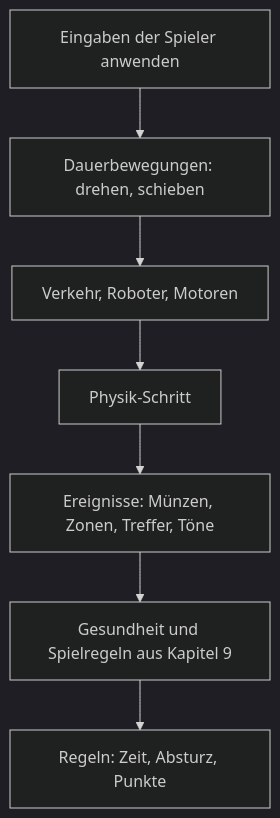
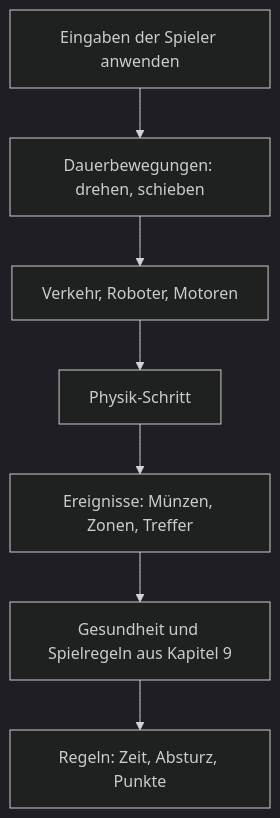
One commit to ChristianHohlfeld/kernengine.de changed the second of 2 diagrams in kern/docs/buch-gruen/08-spiel-laufzeit.md. Above: the diagram before and after it, drawn with Mermaid (dark theme). The commit also changed other lines of this file and 7 other files, not shown here.

````diff
--- a/kern/docs/buch-gruen/08-spiel-laufzeit.md
+++ b/kern/docs/buch-gruen/08-spiel-laufzeit.md
@@ -329,9 +346,9 @@
 ```mermaid
 flowchart TD
   A[Eingaben der Spieler anwenden] --> B[Dauerbewegungen: drehen, schieben]
   B --> C[Verkehr, Roboter, Motoren]
   C --> D[Physik-Schritt]
-  D --> E[Ereignisse: Münzen, Zonen, Treffer, Töne]
+  D --> E[Ereignisse: Münzen, Zonen, Treffer]
   E --> F[Gesundheit und Spielregeln aus Kapitel 9]
   F --> G[Regeln: Zeit, Absturz, Punkte]
 ```
````
